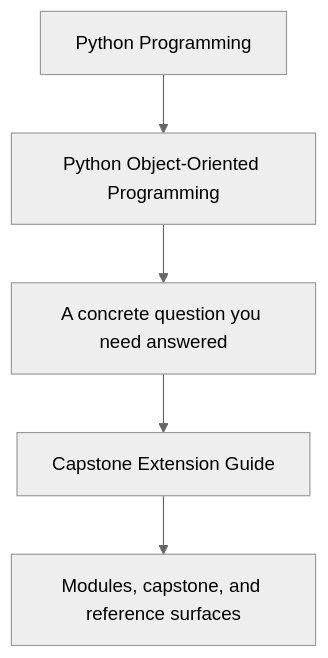
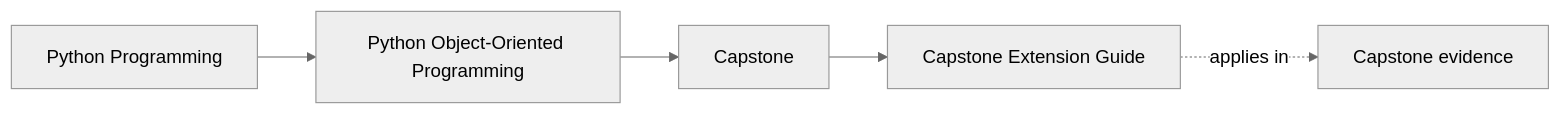
One commit to bijux/bijux-masterclass changed the first of 2 diagrams in programs/python-programming/python-object-oriented-programming/course-book/capstone/capstone-extension-guide.md. Above: the diagram before and after it, drawn with Mermaid (neutral theme). The commit also changed other lines of this file and 103 other files, not shown here.

Commit message:
docs(python-object-oriented-programming): map sustainment and capstone surfaces

````diff
--- a/programs/python-programming/python-object-oriented-programming/course-book/capstone/capstone-extension-guide.md
+++ b/programs/python-programming/python-object-oriented-programming/course-book/capstone/capstone-extension-guide.md
@@ -7,7 +7,11 @@
 ```mermaid
-flowchart TD
-  family["Python Programming"] --> program["Python Object-Oriented Programming"]
-  program --> pressure["A concrete question you need answered"]
-  pressure --> guide["Capstone Extension Guide"]
-  guide --> next["Modules, capstone, and reference surfaces"]
+graph LR
+  family["Python Programming"]
+  program["Python Object-Oriented Programming"]
+  section["Capstone"]
+  page["Capstone Extension Guide"]
+  capstone["Capstone evidence"]
+
+  family --> program --> section --> page
+  page -.applies in.-> capstone
 ```
````
